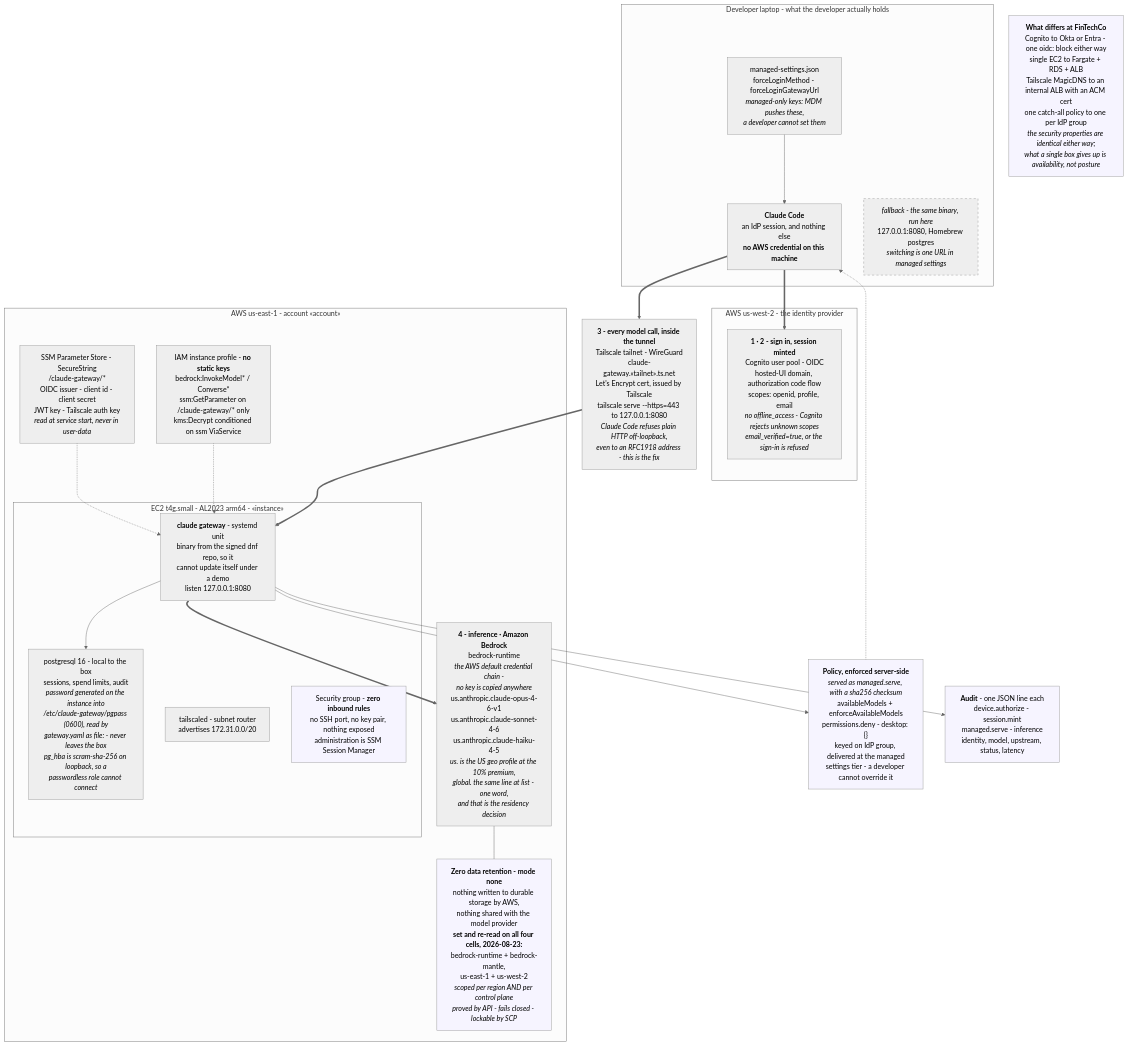
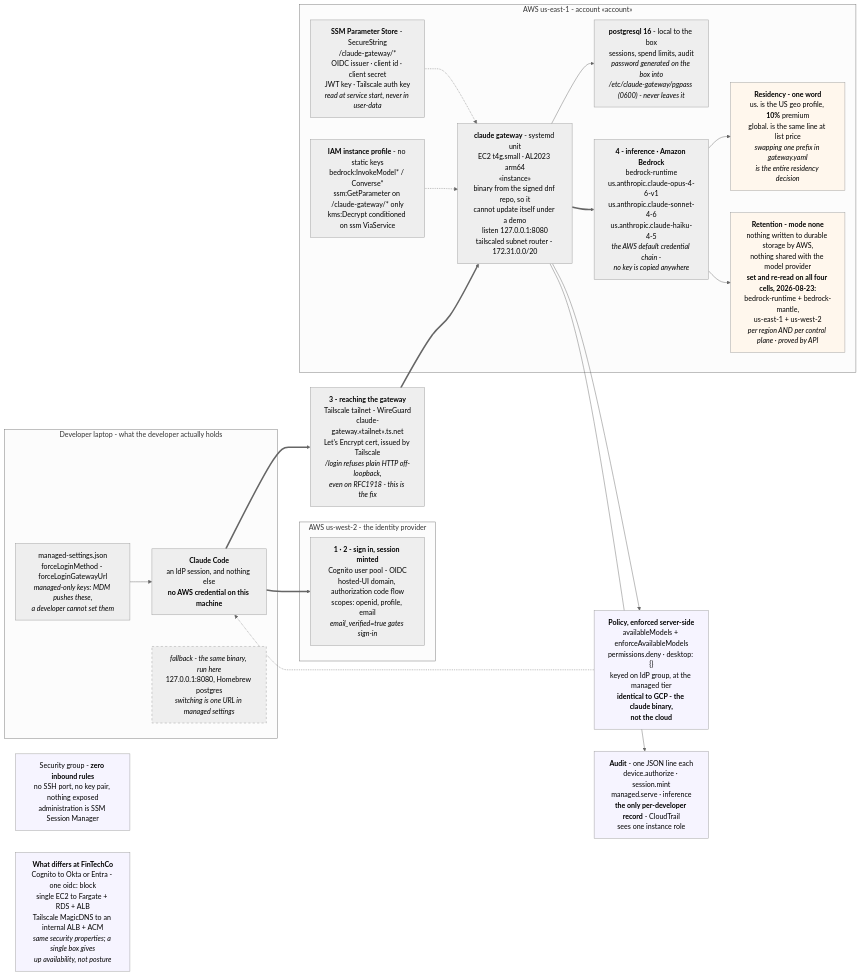
One commit to congmingwudi/ft-architecture changed the diagram in src/gateway-redacted.mmd. Above: the diagram before and after it, drawn with Mermaid (neutral theme). The commit also changed 2 other files, not shown here.

Commit message:
Rebuild architecture page — 2026-08-24

```diff
--- a/src/gateway-redacted.mmd
+++ b/src/gateway-redacted.mmd
@@ -1,52 +1,60 @@
-flowchart TB
+flowchart LR
   %% diagram: gateway
+  %% Laid out to mirror `gateway-gcp` so the two can be read side by side on the
+  %% site: LR, three flat sibling clusters (laptop / IdP / cloud), the network hop
+  %% as a free node between them, and inference splitting into a residency node and
+  %% a retention node. EC2 is deliberately NOT a nested subgraph — nesting it inside
+  %% the region cluster is what made this diagram 2445px tall at aspect 1.05 against
+  %% the GCP one's 1.45. Its identity lives in the gateway node's own label instead,
+  %% which is where the GCP diagram carries "Cloud Run ingress internal, or GKE".
+
   subgraph LAPTOP["Developer laptop - what the developer actually holds"]
     CC["<b>Claude Code</b><br/>an IdP session, and nothing else<br/><b>no AWS credential on this machine</b>"]
     MS["managed-settings.json<br/>forceLoginMethod - forceLoginGatewayUrl<br/><i>managed-only keys: MDM pushes these,<br/>a developer cannot set them</i>"]
     LOCALGW["<i>fallback - the same binary, run here</i><br/>127.0.0.1:8080, Homebrew postgres<br/><i>switching is one URL in managed settings</i>"]
     MS --> CC
   end
 
   subgraph AWSW["AWS us-west-2 - the identity provider"]
-    COG["<b>1 · 2 - sign in, session minted</b><br/>Cognito user pool - OIDC<br/>hosted-UI domain, authorization code flow<br/>scopes: openid, profile, email<br/><i>no offline_access - Cognito rejects unknown scopes</i><br/><i>email_verified=true, or the sign-in is refused</i>"]
+    COG["<b>1 · 2 - sign in, session minted</b><br/>Cognito user pool - OIDC<br/>hosted-UI domain, authorization code flow<br/>scopes: openid, profile, email<br/><i>email_verified=true gates sign-in</i>"]
   end
 
-  TSNET["<b>3 - every model call, inside the tunnel</b><br/>Tailscale tailnet - WireGuard<br/>claude-gateway.«tailnet».ts.net<br/>Let's Encrypt cert, issued by Tailscale<br/>tailscale serve --https=443 to 127.0.0.1:8080<br/><i>Claude Code refuses plain HTTP off-loopback,<br/>even to an RFC1918 address - this is the fix</i>"]
+  TSNET["<b>3 - reaching the gateway</b><br/>Tailscale tailnet - WireGuard<br/>claude-gateway.«tailnet».ts.net<br/>Let's Encrypt cert, issued by Tailscale<br/><i>/login refuses plain HTTP off-loopback,<br/>even on RFC1918 - this is the fix</i>"]
 
   subgraph AWSE["AWS us-east-1 - account «account»"]
-    subgraph EC2["EC2 t4g.small - AL2023 arm64 - «instance»"]
-      GW["<b>claude gateway</b> - systemd unit<br/>binary from the signed dnf repo, so it<br/>cannot update itself under a demo<br/>listen 127.0.0.1:8080"]
-      PG["postgresql 16 - local to the box<br/>sessions, spend limits, audit<br/><i>password generated on the instance into<br/>/etc/claude-gateway/pgpass (0600), read by<br/>gateway.yaml as file: - never leaves the box</i><br/><i>pg_hba is scram-sha-256 on loopback, so a<br/>passwordless role cannot connect</i>"]
-      TSD["tailscaled - subnet router<br/>advertises 172.31.0.0/20"]
-      SGN["Security group - <b>zero inbound rules</b><br/>no SSH port, no key pair, nothing exposed<br/>administration is SSM Session Manager"]
-      GW --> PG
-    end
-    SSMP["SSM Parameter Store - SecureString<br/>/claude-gateway/*<br/>OIDC issuer - client id - client secret<br/>JWT key - Tailscale auth key<br/><i>read at service start, never in user-data</i>"]
-    IAMP["IAM instance profile - <b>no static keys</b><br/>bedrock:InvokeModel* / Converse*<br/>ssm:GetParameter on /claude-gateway/* only<br/>kms:Decrypt conditioned on ssm ViaService"]
-    BR["<b>4 - inference · Amazon Bedrock</b><br/>bedrock-runtime<br/><i>the AWS default credential chain -<br/>no key is copied anywhere</i><br/>us.anthropic.claude-opus-4-6-v1<br/>us.anthropic.claude-sonnet-4-6<br/>us.anthropic.claude-haiku-4-5<br/><i>us. is the US geo profile at the 10% premium,<br/>global. the same line at list - one word,<br/>and that is the residency decision</i>"]
-    ZDR["<b>Zero data retention - mode none</b><br/>nothing written to durable storage by AWS,<br/>nothing shared with the model provider<br/><b>set and re-read on all four cells, 2026-08-23:</b><br/>bedrock-runtime + bedrock-mantle,<br/>us-east-1 + us-west-2<br/><i>scoped per region AND per control plane</i><br/><i>proved by API - fails closed - lockable by SCP</i>"]
-    BR --- ZDR
+    SSMP["<b>SSM Parameter Store</b> - SecureString<br/>/claude-gateway/*<br/>OIDC issuer · client id · client secret<br/>JWT key · Tailscale auth key<br/><i>read at service start, never in user-data</i>"]
+    IAMP["<b>IAM instance profile</b> - no static keys<br/>bedrock:InvokeModel* / Converse*<br/>ssm:GetParameter on /claude-gateway/* only<br/>kms:Decrypt conditioned on ssm ViaService"]
+    GW["<b>claude gateway</b> - systemd unit<br/>EC2 t4g.small · AL2023 arm64<br/>«instance»<br/>binary from the signed dnf repo, so it<br/>cannot update itself under a demo<br/>listen 127.0.0.1:8080<br/>tailscaled subnet router - 172.31.0.0/20"]
+    PG["<b>postgresql 16</b> - local to the box<br/>sessions, spend limits, audit<br/><i>password generated on the box into<br/>/etc/claude-gateway/pgpass (0600) - never leaves it</i>"]
+    BR["<b>4 - inference · Amazon Bedrock</b><br/>bedrock-runtime<br/>us.anthropic.claude-opus-4-6-v1<br/>us.anthropic.claude-sonnet-4-6<br/>us.anthropic.claude-haiku-4-5<br/><i>the AWS default credential chain -<br/>no key is copied anywhere</i>"]
+    RES["<b>Residency - one word</b><br/>us. is the US geo profile, <b>10%</b> premium<br/>global. is the same line at list price<br/><i>swapping one prefix in gateway.yaml<br/>is the entire residency decision</i>"]
+    ZDR["<b>Retention - mode none</b><br/>nothing written to durable storage by AWS,<br/>nothing shared with the model provider<br/><b>set and re-read on all four cells, 2026-08-23:</b><br/>bedrock-runtime + bedrock-mantle,<br/>us-east-1 + us-west-2<br/><i>per region AND per control plane · proved by API</i>"]
     SSMP -.-> GW
     IAMP -.-> GW
+    GW --> PG
+    GW ==> BR
+    BR --> RES
+    BR --> ZDR
   end
 
   CC ==> COG
   CC ==> TSNET
   TSNET ==> GW
-  GW ==> BR
 
-  POL["<b>Policy, enforced server-side</b><br/><i>served as managed.serve, with a sha256 checksum</i><br/>availableModels + enforceAvailableModels<br/>permissions.deny - desktop: {}<br/>keyed on IdP group, delivered at the managed<br/>settings tier - a developer cannot override it"]
-  AUD["<b>Audit</b> - one JSON line each<br/>device.authorize - session.mint<br/>managed.serve - inference<br/>identity, model, upstream, status, latency"]
+SGN["Security group - <b>zero inbound rules</b><br/>no SSH port, no key pair, nothing exposed<br/>administration is SSM Session Manager"]
+  POL["<b>Policy, enforced server-side</b><br/>availableModels + enforceAvailableModels<br/>permissions.deny · desktop: {}<br/>keyed on IdP group, at the managed tier<br/><b>identical to GCP - the claude binary,<br/>not the cloud</b>"]
+  AUD["<b>Audit</b> - one JSON line each<br/>device.authorize · session.mint<br/>managed.serve · inference<br/><b>the only per-developer record</b> - CloudTrail<br/>sees one instance role"]
   GW --> POL
   GW --> AUD
   POL -.-> CC
 
-  DIFF["<b>What differs at FinTechCo</b><br/>Cognito to Okta or Entra - one oidc: block either way<br/>single EC2 to Fargate + RDS + ALB<br/>Tailscale MagicDNS to an internal ALB with an ACM cert<br/>one catch-all policy to one per IdP group<br/><i>the security properties are identical either way;<br/>what a single box gives up is availability, not posture</i>"]
+  DIFF["<b>What differs at FinTechCo</b><br/>Cognito to Okta or Entra - one oidc: block<br/>single EC2 to Fargate + RDS + ALB<br/>Tailscale MagicDNS to an internal ALB + ACM<br/><i>same security properties; a single box gives<br/>up availability, not posture</i>"]
 
   style POL fill:#f6f4ff
   style AUD fill:#f6f4ff
   style DIFF fill:#f6f4ff
   style SGN fill:#f6f4ff
-  style ZDR fill:#f6f4ff
+  style RES fill:#fff7ed
+  style ZDR fill:#fff7ed
   classDef fallback stroke-dasharray:5;
   class LOCALGW fallback;
```
